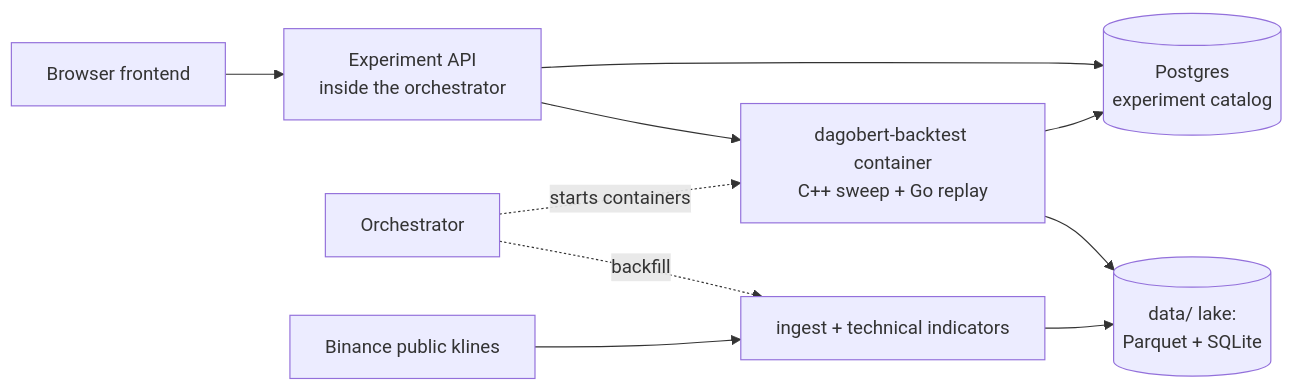
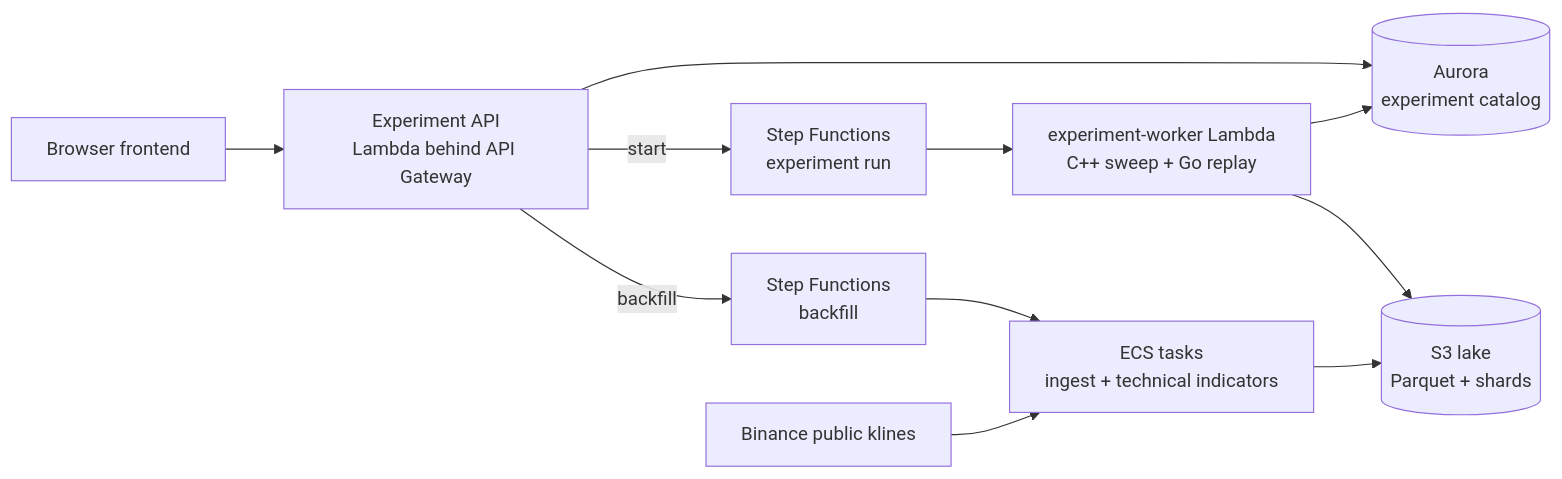
Before and after one commit to MaxBernstetter/dagobert: the diagram in README.md, drawn with Mermaid. The commit also changed other lines of this file and 59 other files, not shown here.

````diff
--- a/README.md
+++ b/README.md
@@ -33,12 +33,12 @@
 ```mermaid
 flowchart LR
-  UI[Browser frontend] --> API[Experiment API<br/>inside the orchestrator]
-  API --> PG[(Postgres<br/>experiment catalog)]
-  API --> W[dagobert-backtest container<br/>C++ sweep + Go replay]
+  UI[Browser frontend] --> API[Experiment API<br/>Lambda behind API Gateway]
+  API --> PG[(Aurora<br/>experiment catalog)]
+  API -- start --> SFN[Step Functions<br/>experiment run]
+  SFN --> W[experiment-worker Lambda<br/>C++ sweep + Go replay]
   W --> PG
-  W --> LAKE[(data/ lake:<br/>Parquet + SQLite)]
-  ORCH[Orchestrator] -. starts containers .-> W
-  ORCH -. backfill .-> ING[ingest + technical indicators]
+  W --> LAKE[(S3 lake<br/>Parquet + shards)]
+  API -- backfill --> BSFN[Step Functions<br/>backfill] --> ING[ECS tasks<br/>ingest + technical indicators]
   ING --> LAKE
   BIN[Binance public klines] --> ING
 ```
````
